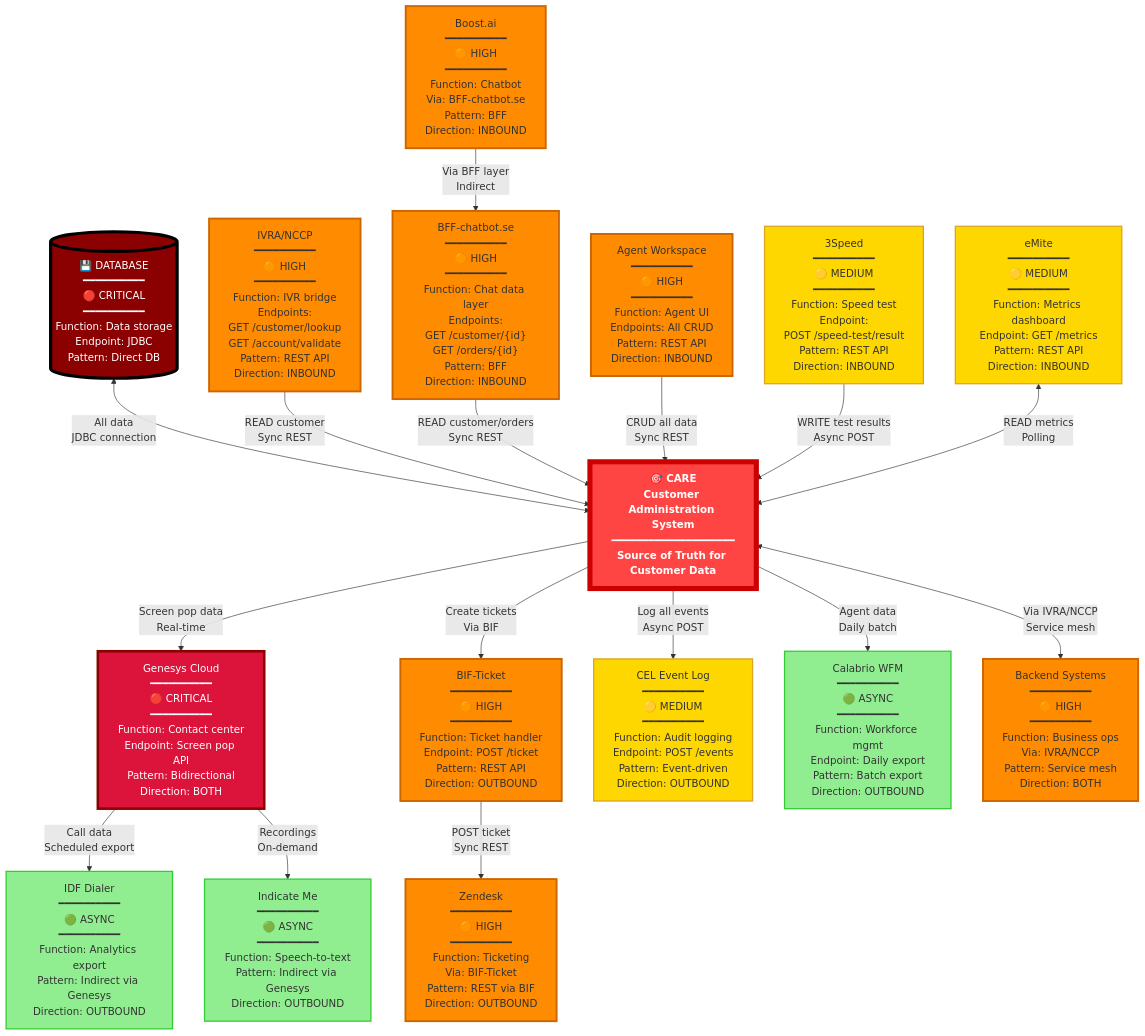
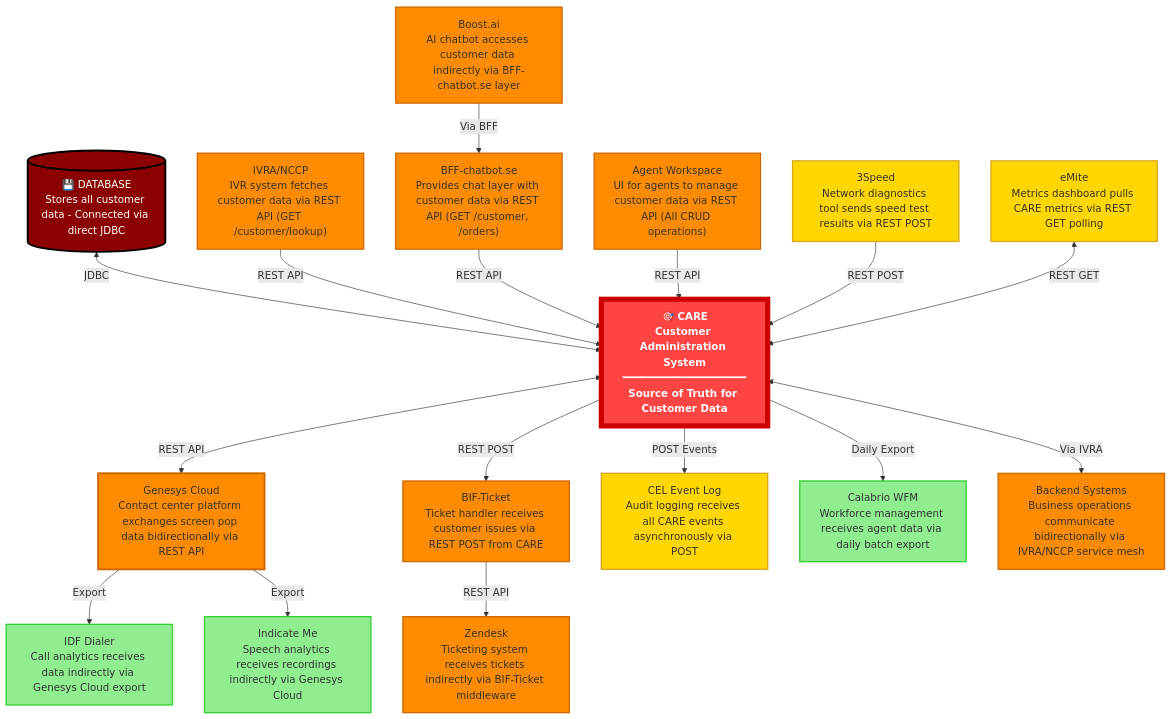
Before and after one commit to gill001-Tre/CCT-apps-understanding-document: the first of 7 diagrams in CCT-apps-description/CARE/integration-details/README.md, drawn with Mermaid. The commit also changed other lines of this file, not shown here.

Commit message:
Simplify CARE 360 integration diagram - remove priority levels and add one-line descriptions

```diff
--- a/CCT-apps-description/CARE/integration-details/README.md
+++ b/CCT-apps-description/CARE/integration-details/README.md
@@ -21,86 +21,74 @@
 graph TD
     CARE["🎯 CARE<br/>Customer Administration System<br/>━━━━━━━━━━━━━━━━━━━━<br/>Source of Truth for Customer Data"]
     
-    %% CRITICAL DEPENDENCIES - Top
-    DB[("💾 DATABASE<br/>━━━━━━━━━━<br/>🔴 CRITICAL<br/>━━━━━━━━━━<br/>Function: Data storage<br/>Endpoint: JDBC<br/>Pattern: Direct DB")]
+    %% DATABASE
+    DB[("💾 DATABASE<br/>Stores all customer data - Connected via direct JDBC")]
     
-    %% HIGH PRIORITY INTEGRATIONS - Right Side
-    IVRA["IVRA/NCCP<br/>━━━━━━━━━━<br/>🟠 HIGH<br/>━━━━━━━━━━<br/>Function: IVR bridge<br/>Endpoints:<br/>GET /customer/lookup<br/>GET /account/validate<br/>Pattern: REST API<br/>Direction: INBOUND"]
+    %% INBOUND INTEGRATIONS
+    IVRA["IVRA/NCCP<br/>IVR system fetches customer data via REST API (GET /customer/lookup)"]
     
-    BFF["BFF-chatbot.se<br/>━━━━━━━━━━<br/>🟠 HIGH<br/>━━━━━━━━━━<br/>Function: Chat data layer<br/>Endpoints:<br/>GET /customer/{id}<br/>GET /orders/{id}<br/>Pattern: BFF<br/>Direction: INBOUND"]
+    BFF["BFF-chatbot.se<br/>Provides chat layer with customer data via REST API (GET /customer, /orders)"]
     
-    Genesys["Genesys Cloud<br/>━━━━━━━━━━<br/>🔴 CRITICAL<br/>━━━━━━━━━━<br/>Function: Contact center<br/>Endpoint: Screen pop API<br/>Pattern: Bidirectional<br/>Direction: BOTH"]
+    Genesys["Genesys Cloud<br/>Contact center platform exchanges screen pop data bidirectionally via REST API"]
     
-    %% MEDIUM PRIORITY - Right Bottom
-    BIF["BIF-Ticket<br/>━━━━━━━━━━<br/>🟠 HIGH<br/>━━━━━━━━━━<br/>Function: Ticket handler<br/>Endpoint: POST /ticket<br/>Pattern: REST API<br/>Direction: OUTBOUND"]
+    Agent["Agent Workspace<br/>UI for agents to manage customer data via REST API (All CRUD operations)"]
     
-    Zendesk["Zendesk<br/>━━━━━━━━━━<br/>🟠 HIGH<br/>━━━━━━━━━━<br/>Function: Ticketing<br/>Via: BIF-Ticket<br/>Pattern: REST via BIF<br/>Direction: OUTBOUND"]
+    Boost["Boost.ai<br/>AI chatbot accesses customer data indirectly via BFF-chatbot.se layer"]
     
-    CEL["CEL Event Log<br/>━━━━━━━━━━<br/>🟡 MEDIUM<br/>━━━━━━━━━━<br/>Function: Audit logging<br/>Endpoint: POST /events<br/>Pattern: Event-driven<br/>Direction: OUTBOUND"]
+    Speed["3Speed<br/>Network diagnostics tool sends speed test results via REST POST"]
     
-    %% SUPPORT TOOLS - Left Side
-    Speed["3Speed<br/>━━━━━━━━━━<br/>🟡 MEDIUM<br/>━━━━━━━━━━<br/>Function: Speed test<br/>Endpoint:<br/>POST /speed-test/result<br/>Pattern: REST API<br/>Direction: INBOUND"]
+    Emite["eMite<br/>Metrics dashboard pulls CARE metrics via REST GET polling"]
     
-    Emite["eMite<br/>━━━━━━━━━━<br/>🟡 MEDIUM<br/>━━━━━━━━━━<br/>Function: Metrics dashboard<br/>Endpoint: GET /metrics<br/>Pattern: REST API<br/>Direction: INBOUND"]
+    %% OUTBOUND INTEGRATIONS
+    BIF["BIF-Ticket<br/>Ticket handler receives customer issues via REST POST from CARE"]
     
-    Agent["Agent Workspace<br/>━━━━━━━━━━<br/>🟠 HIGH<br/>━━━━━━━━━━<br/>Function: Agent UI<br/>Endpoints: All CRUD<br/>Pattern: REST API<br/>Direction: INBOUND"]
+    Zendesk["Zendesk<br/>Ticketing system receives tickets indirectly via BIF-Ticket middleware"]
     
-    %% ANALYTICS - Bottom
-    Calabrio["Calabrio WFM<br/>━━━━━━━━━━<br/>🟢 ASYNC<br/>━━━━━━━━━━<br/>Function: Workforce mgmt<br/>Endpoint: Daily export<br/>Pattern: Batch export<br/>Direction: OUTBOUND"]
+    CEL["CEL Event Log<br/>Audit logging receives all CARE events asynchronously via POST"]
     
-    IDF["IDF Dialer<br/>━━━━━━━━━━<br/>🟢 ASYNC<br/>━━━━━━━━━━<br/>Function: Analytics export<br/>Pattern: Indirect via Genesys<br/>Direction: OUTBOUND"]
+    Calabrio["Calabrio WFM<br/>Workforce management receives agent data via daily batch export"]
     
-    Indicate["Indicate Me<br/>━━━━━━━━━━<br/>🟢 ASYNC<br/>━━━━━━━━━━<br/>Function: Speech-to-text<br/>Pattern: Indirect via Genesys<br/>Direction: OUTBOUND"]
+    IDF["IDF Dialer<br/>Call analytics receives data indirectly via Genesys Cloud export"]
     
-    %% BACKEND SYSTEMS - Left Bottom
-    Backend["Backend Systems<br/>━━━━━━━━━━<br/>🟠 HIGH<br/>━━━━━━━━━━<br/>Function: Business ops<br/>Via: IVRA/NCCP<br/>Pattern: Service mesh<br/>Direction: BOTH"]
+    Indicate["Indicate Me<br/>Speech analytics receives recordings indirectly via Genesys Cloud"]
     
-    Boost["Boost.ai<br/>━━━━━━━━━━<br/>🟠 HIGH<br/>━━━━━━━━━━<br/>Function: Chatbot<br/>Via: BFF-chatbot.se<br/>Pattern: BFF<br/>Direction: INBOUND"]
+    %% BACKEND SYSTEMS
+    Backend["Backend Systems<br/>Business operations communicate bidirectionally via IVRA/NCCP service mesh"]
     
-    %% CONNECTIONS - Database (Critical)
-    DB <-->|"All data<br/>JDBC connection"| CARE
+    %% CONNECTIONS
+    DB <-->|"JDBC"| CARE
     
-    %% CONNECTIONS - High Priority Inbound
-    IVRA -->|"READ customer<br/>Sync REST"| CARE
-    BFF -->|"READ customer/orders<br/>Sync REST"| CARE
-    Agent -->|"CRUD all data<br/>Sync REST"| CARE
-    Boost -->|"Via BFF layer<br/>Indirect"| BFF
+    IVRA -->|"REST API"| CARE
+    BFF -->|"REST API"| CARE
+    Agent -->|"REST API"| CARE
+    Speed -->|"REST POST"| CARE
+    Emite <-->|"REST GET"| CARE
+    Boost -->|"Via BFF"| BFF
     
-    %% CONNECTIONS - High Priority Outbound
-    CARE -->|"Screen pop data<br/>Real-time"| Genesys
-    CARE -->|"Create tickets<br/>Via BIF"| BIF
-    BIF -->|"POST ticket<br/>Sync REST"| Zendesk
+    CARE <-->|"REST API"| Genesys
+    CARE -->|"REST POST"| BIF
+    CARE -->|"POST Events"| CEL
+    CARE -->|"Daily Export"| Calabrio
+    CARE <-->|"Via IVRA"| Backend
     
-    %% CONNECTIONS - Medium Priority
-    Speed -->|"WRITE test results<br/>Async POST"| CARE
-    Emite <-->|"READ metrics<br/>Polling"| CARE
-    CARE -->|"Log all events<br/>Async POST"| CEL
-    
-    %% CONNECTIONS - Backend
-    CARE <-->|"Via IVRA/NCCP<br/>Service mesh"| Backend
-    
-    %% CONNECTIONS - Analytics (Async)
-    CARE -->|"Agent data<br/>Daily batch"| Calabrio
-    Genesys -->|"Call data<br/>Scheduled export"| IDF
-    Genesys -->|"Recordings<br/>On-demand"| Indicate
+    BIF -->|"REST API"| Zendesk
+    Genesys -->|"Export"| IDF
+    Genesys -->|"Export"| Indicate
     
     %% STYLING
     style CARE fill:#ff4444,stroke:#cc0000,stroke-width:8px,color:#fff,font-weight:bold,font-size:16px
-    style DB fill:#8b0000,stroke:#000,stroke-width:5px,color:#fff
-    style Genesys fill:#dc143c,stroke:#8b0000,stroke-width:4px,color:#fff
-    
-    style IVRA fill:#ff8c00,stroke:#cc6600,stroke-width:3px
-    style BFF fill:#ff8c00,stroke:#cc6600,stroke-width:3px
-    style BIF fill:#ff8c00,stroke:#cc6600,stroke-width:3px
-    style Agent fill:#ff8c00,stroke:#cc6600,stroke-width:3px
-    style Backend fill:#ff8c00,stroke:#cc6600,stroke-width:3px
-    style Boost fill:#ff8c00,stroke:#cc6600,stroke-width:3px
-    style Zendesk fill:#ff8c00,stroke:#cc6600,stroke-width:3px
-    
+    style DB fill:#8b0000,stroke:#000,stroke-width:3px,color:#fff
+    style Genesys fill:#ff8c00,stroke:#cc6600,stroke-width:3px
+    style IVRA fill:#ff8c00,stroke:#cc6600,stroke-width:2px
+    style BFF fill:#ff8c00,stroke:#cc6600,stroke-width:2px
+    style BIF fill:#ff8c00,stroke:#cc6600,stroke-width:2px
+    style Agent fill:#ff8c00,stroke:#cc6600,stroke-width:2px
+    style Backend fill:#ff8c00,stroke:#cc6600,stroke-width:2px
+    style Boost fill:#ff8c00,stroke:#cc6600,stroke-width:2px
+    style Zendesk fill:#ff8c00,stroke:#cc6600,stroke-width:2px
     style Speed fill:#ffd700,stroke:#daa520,stroke-width:2px
     style Emite fill:#ffd700,stroke:#daa520,stroke-width:2px
     style CEL fill:#ffd700,stroke:#daa520,stroke-width:2px
-    
     style Calabrio fill:#90ee90,stroke:#32cd32,stroke-width:2px
     style IDF fill:#90ee90,stroke:#32cd32,stroke-width:2px
     style Indicate fill:#90ee90,stroke:#32cd32,stroke-width:2px
```
